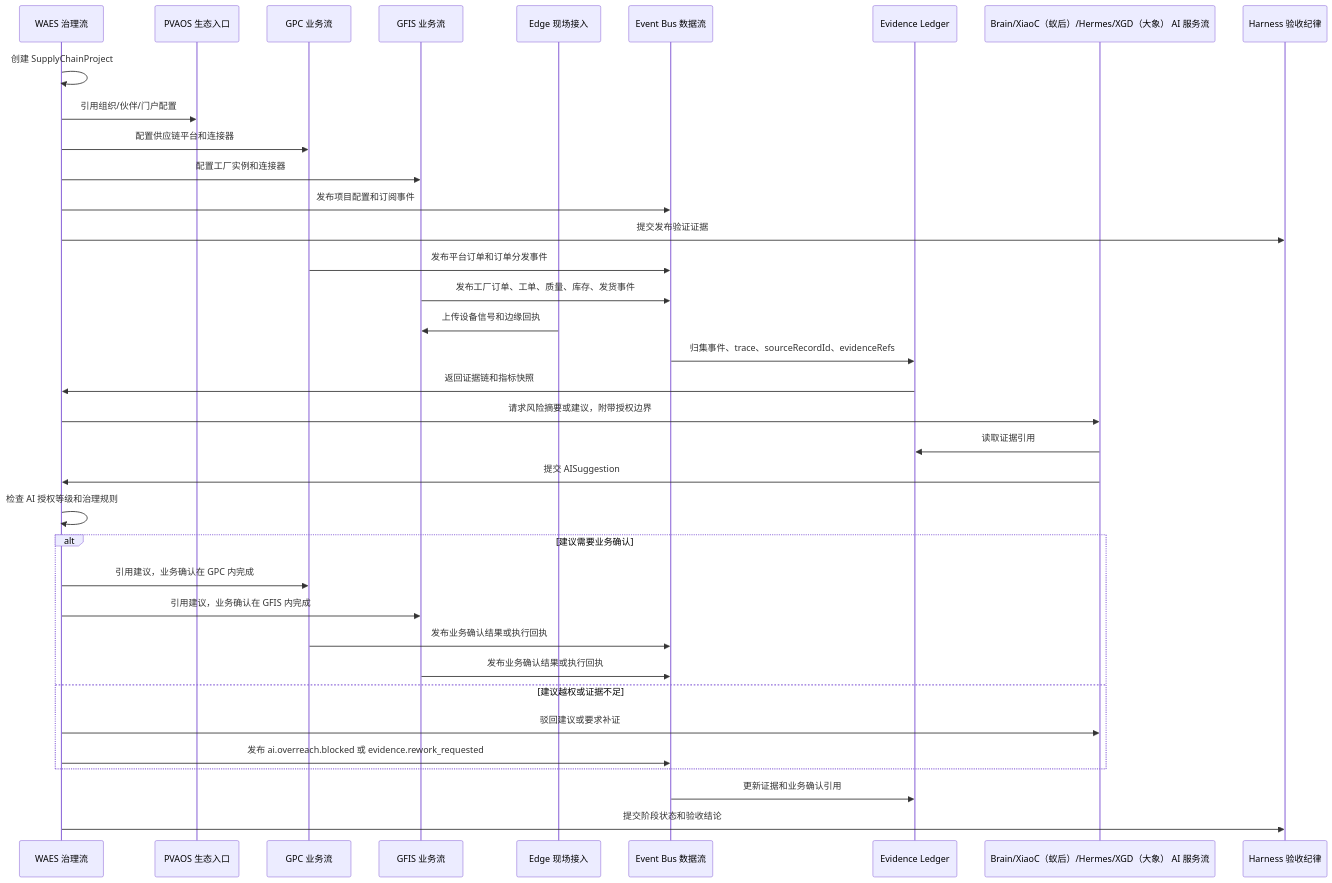
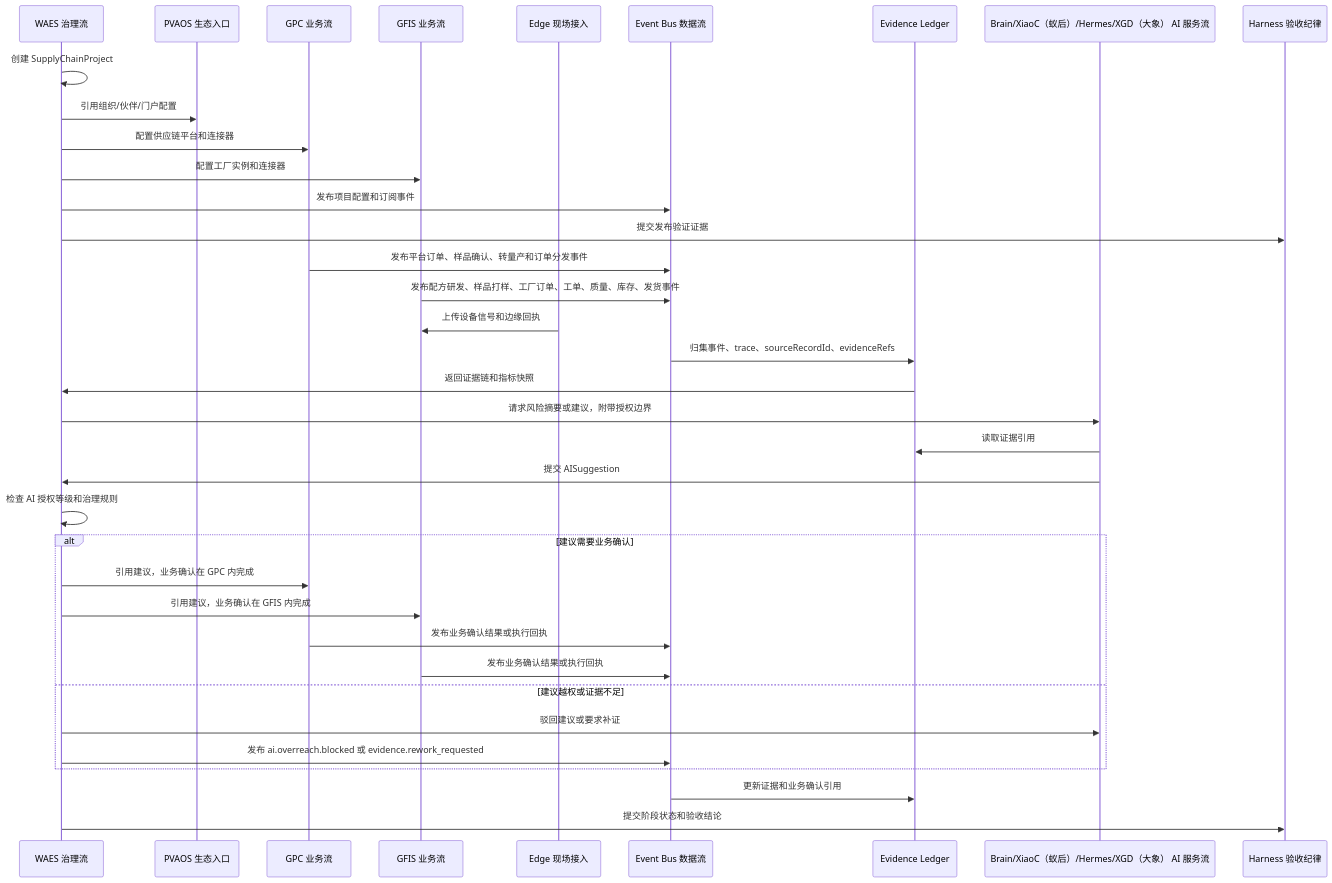
One commit to Jiumilu/GCGPCF changed the third of 3 diagrams in .kds/development-space/开发/90-跨项目架构/01-architecture/GlobalCloud绿色供应链体系四流综合架构分析与优化方案.md. Above: the diagram before and after it, drawn with Mermaid. The commit also changed other lines of this file and 21 other files, not shown here.

````diff
--- a/.kds/development-space/开发/90-跨项目架构/01-architecture/GlobalCloud绿色供应链体系四流综合架构分析与优化方案.md
+++ b/.kds/development-space/开发/90-跨项目架构/01-architecture/GlobalCloud绿色供应链体系四流综合架构分析与优化方案.md
@@ -778,41 +778,41 @@
 ```mermaid
 sequenceDiagram
   participant WAES as WAES 治理流
   participant PVAOS as PVAOS 生态入口
   participant GPC as GPC 业务流
   participant GFIS as GFIS 业务流
   participant Edge as Edge 现场接入
   participant Bus as Event Bus 数据流
   participant Evidence as Evidence Ledger
   participant AI as Brain/XiaoC（蚁后）/Hermes/XGD（大象） AI 服务流
   participant Harness as Harness 验收纪律
 
   WAES->>WAES: 创建 SupplyChainProject
   WAES->>PVAOS: 引用组织/伙伴/门户配置
   WAES->>GPC: 配置供应链平台和连接器
   WAES->>GFIS: 配置工厂实例和连接器
   WAES->>Bus: 发布项目配置和订阅事件
   WAES->>Harness: 提交发布验证证据
 
-  GPC->>Bus: 发布平台订单和订单分发事件
-  GFIS->>Bus: 发布工厂订单、工单、质量、库存、发货事件
+  GPC->>Bus: 发布平台订单、样品确认、转量产和订单分发事件
+  GFIS->>Bus: 发布配方研发、样品打样、工厂订单、工单、质量、库存、发货事件
   Edge->>GFIS: 上传设备信号和边缘回执
   Bus->>Evidence: 归集事件、trace、sourceRecordId、evidenceRefs
   Evidence->>WAES: 返回证据链和指标快照
 
   WAES->>AI: 请求风险摘要或建议，附带授权边界
   AI->>Evidence: 读取证据引用
   AI->>WAES: 提交 AISuggestion
   WAES->>WAES: 检查 AI 授权等级和治理规则
   alt 建议需要业务确认
     WAES->>GPC: 引用建议，业务确认在 GPC 内完成
     WAES->>GFIS: 引用建议，业务确认在 GFIS 内完成
     GPC->>Bus: 发布业务确认结果或执行回执
     GFIS->>Bus: 发布业务确认结果或执行回执
   else 建议越权或证据不足
     WAES->>AI: 驳回建议或要求补证
     WAES->>Bus: 发布 ai.overreach.blocked 或 evidence.rework_requested
   end
   Bus->>Evidence: 更新证据和业务确认引用
   WAES->>Harness: 提交阶段状态和验收结论
 ```
````
